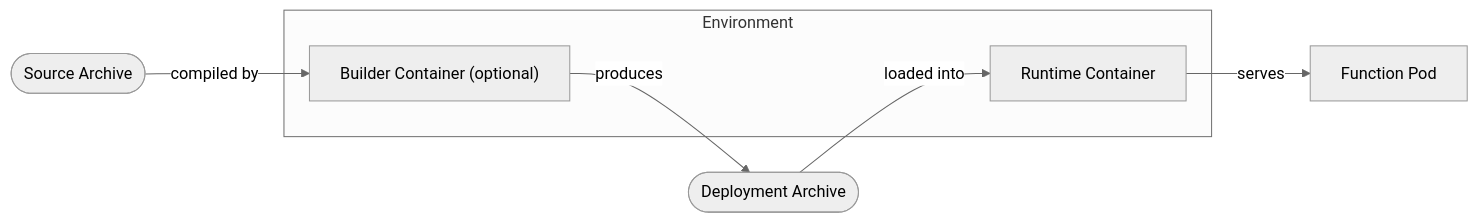
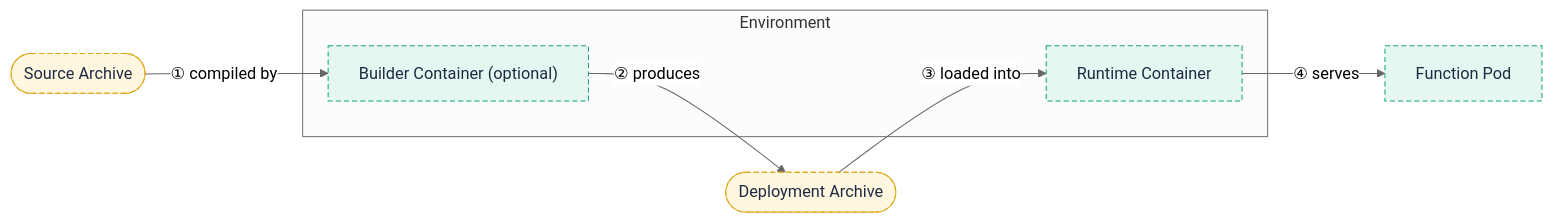
The diagram in content/en/docs/concepts/environments.md (fission/fission.io), drawn with Mermaid (neutral theme) before and after one commit. The commit also changed 30 other files, not shown here.

First line of the commit message:
Address PR feedback: zoomable diagrams, multi-color kit, centering, preview links

````diff
--- a/content/en/docs/concepts/environments.md
+++ b/content/en/docs/concepts/environments.md
@@ -29,11 +29,14 @@
 ```mermaid
 flowchart LR
   subgraph env["Environment"]
-    runtime["Runtime Container"]
-    builder["Builder Container (optional)"]
+    runtime["Runtime Container"]:::pod
+    builder["Builder Container (optional)"]:::pod
   end
-  src(["Source Archive"]) -->|"compiled by"| builder
-  builder -->|"produces"| deploy(["Deployment Archive"])
-  deploy -->|"loaded into"| runtime
-  runtime -->|"serves"| fnPod["Function Pod"]
+  src(["Source Archive"]):::store -->|"① compiled by"| builder
+  builder -->|"② produces"| deploy(["Deployment Archive"]):::store
+  deploy -->|"③ loaded into"| runtime
+  runtime -->|"④ serves"| fnPod["Function Pod"]:::pod
+
+  classDef pod fill:#e6f7f1,stroke:#11a37f,color:#1f2a43,stroke-dasharray:5 3
+  classDef store fill:#fff7e0,stroke:#dba514,color:#1f2a43,stroke-dasharray:5 3
 ```
````
